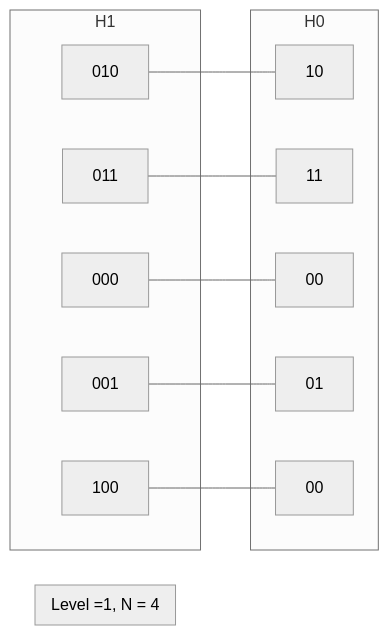
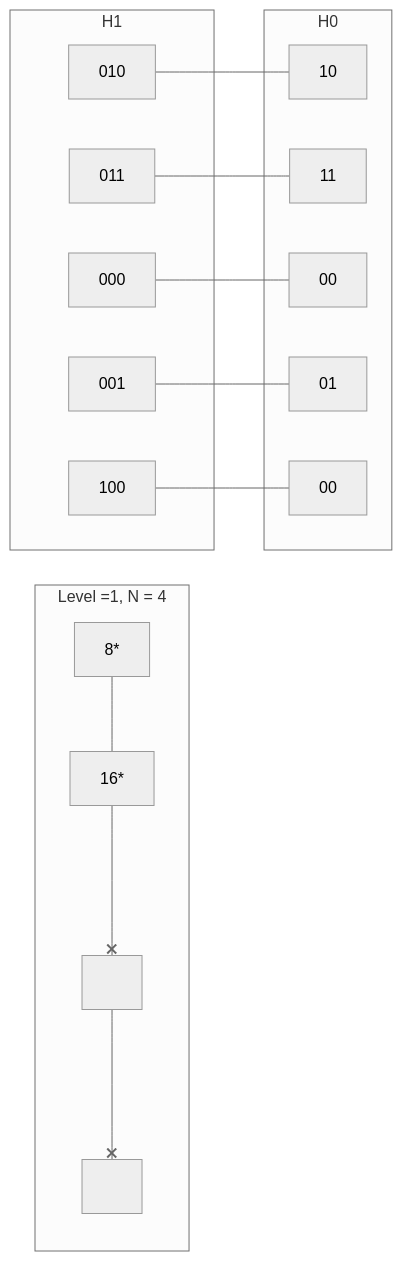
One commit to Tiggax/Zapiski changed the diagram in 2. Letnik/Osnove podatkovnih baz/2. domača naloga.md. Above: the diagram before and after it, drawn with Mermaid (neutral theme).

Commit message:
flyingarchie backup: 2021-12-12 21:18:42

````diff
--- a/2. Letnik/Osnove podatkovnih baz/2. domača naloga.md
+++ b/2. Letnik/Osnove podatkovnih baz/2. domača naloga.md
@@ -3,24 +3,25 @@
 ```mermaid
 graph LR;
 subgraph H1
 000
 001
 010
 011
 100
 end
 subgraph H0
 00
 01
 10
 11
 00d[00]
 end
 000---00
 001---01
 010---10
 011---11
 100---00d
 subgraph A[Level =1, N = 4]
+8[8*]---16[16*]---x1[<br>]---x2[<br>]
 end
 ```
````
